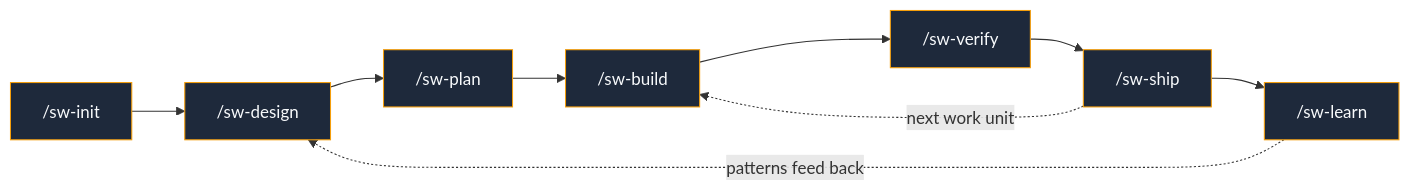
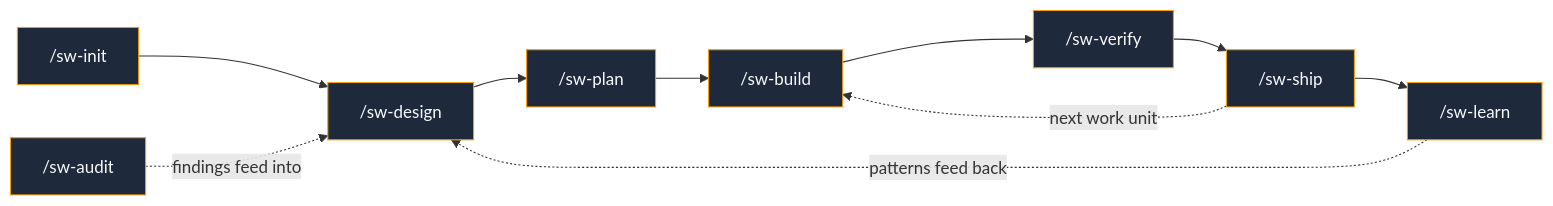
Before and after one commit to Obsidian-Owl/specwright: the diagram in README.md, drawn with Mermaid. The commit also changed other lines of this file and 2 other files, not shown here.

````diff
--- a/README.md
+++ b/README.md
@@ -55,19 +61,21 @@
 ```mermaid
 graph LR
     A["/sw-init"] --> B["/sw-design"]
     B --> C["/sw-plan"]
     C --> D["/sw-build"]
     D --> E["/sw-verify"]
     E --> F["/sw-ship"]
     F -.->|next work unit| D
     F --> G["/sw-learn"]
     G -.->|patterns feed back| B
+    H["/sw-audit"] -.->|findings feed into| B
 
     style A fill:#1e293b,stroke:#f59e0b,color:#f8fafc
     style B fill:#1e293b,stroke:#f59e0b,color:#f8fafc
     style C fill:#1e293b,stroke:#f59e0b,color:#f8fafc
     style D fill:#1e293b,stroke:#f59e0b,color:#f8fafc
     style E fill:#1e293b,stroke:#f59e0b,color:#f8fafc
     style F fill:#1e293b,stroke:#f59e0b,color:#f8fafc
     style G fill:#1e293b,stroke:#f59e0b,color:#f8fafc
+    style H fill:#1e293b,stroke:#f59e0b,color:#f8fafc
 ```
````
